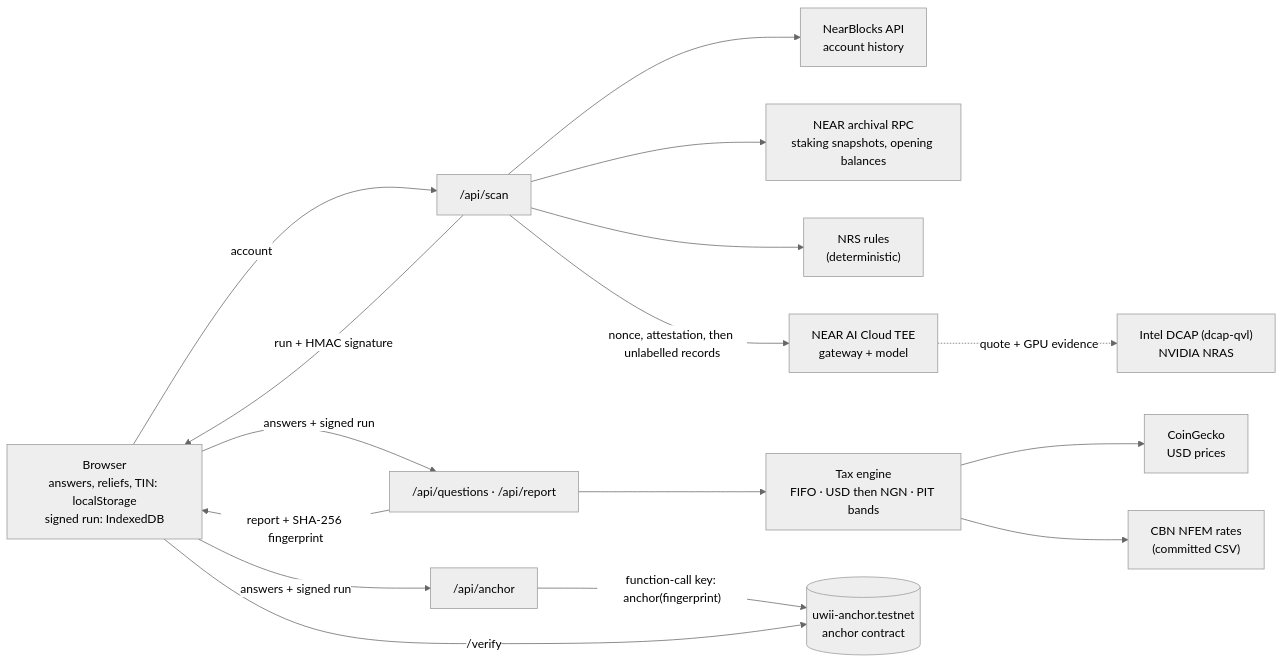
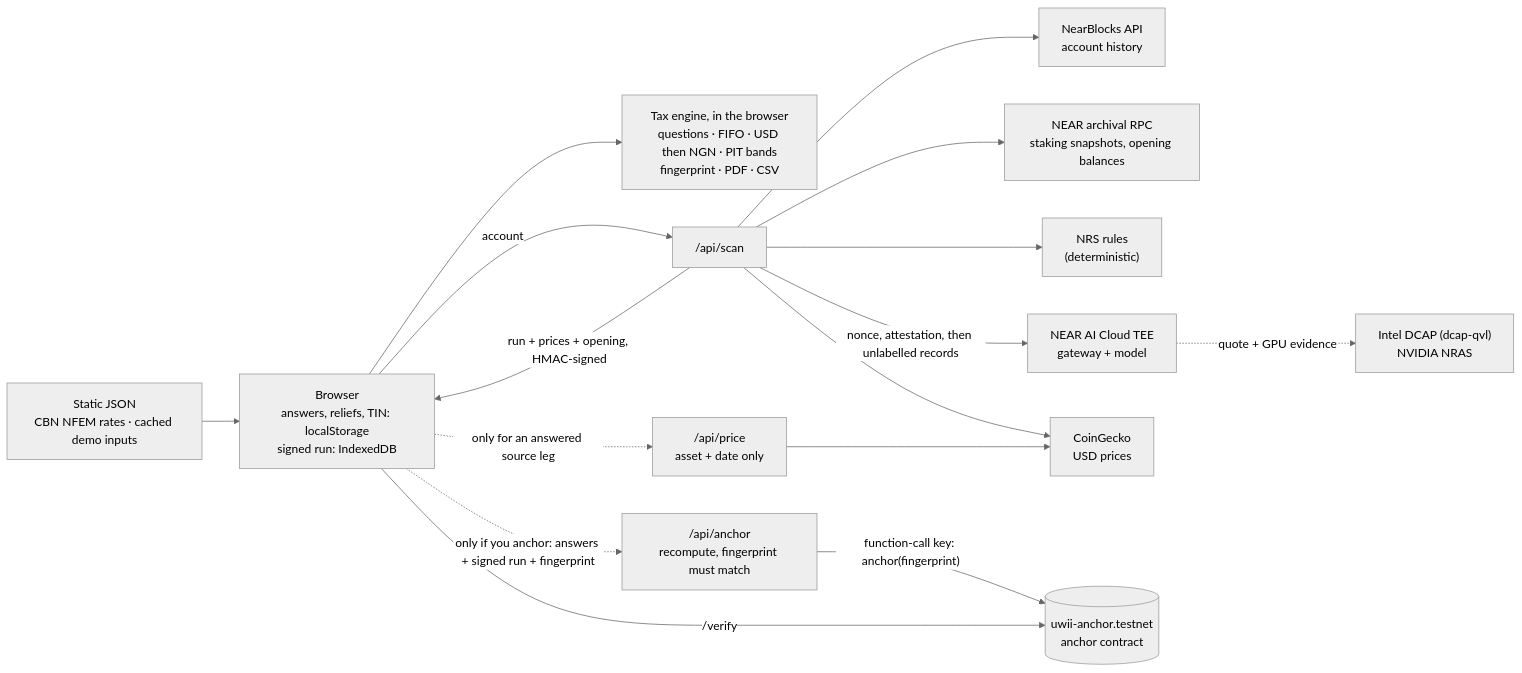
The diagram in README.md (shrooms08/uwii), drawn with Mermaid (neutral theme) before and after one commit. The commit also changed other lines of this file and 59 other files, not shown here.

````diff
--- a/README.md
+++ b/README.md
@@ -90,32 +90,32 @@
 ```mermaid
 flowchart LR
   B["Browser<br/>answers, reliefs, TIN: localStorage<br/>signed run: IndexedDB"]
+  ENG["Tax engine, in the browser<br/>questions · FIFO · USD then NGN · PIT bands<br/>fingerprint · PDF · CSV"]
+  STATIC["Static JSON<br/>CBN NFEM rates · cached demo inputs"]
   SCAN["/api/scan"]
-  API["/api/questions · /api/report"]
-  ANC["/api/anchor"]
+  PRICE["/api/price<br/>asset + date only"]
+  ANC["/api/anchor<br/>recompute, fingerprint must match"]
   NB["NearBlocks API<br/>account history"]
   ARC["NEAR archival RPC<br/>staking snapshots, opening balances"]
   RULES["NRS rules<br/>(deterministic)"]
   TEE["NEAR AI Cloud TEE<br/>gateway + model"]
   ATT["Intel DCAP (dcap-qvl)<br/>NVIDIA NRAS"]
-  ENG["Tax engine<br/>FIFO · USD then NGN · PIT bands"]
   CG["CoinGecko<br/>USD prices"]
-  FX["CBN NFEM rates<br/>(committed CSV)"]
   C[("uwii-anchor.testnet<br/>anchor contract")]
 
   B -->|account| SCAN
   SCAN --> NB
   SCAN --> ARC
   SCAN --> RULES
   SCAN -->|"nonce, attestation, then unlabelled records"| TEE
   TEE -.->|"quote + GPU evidence"| ATT
-  SCAN -->|"run + HMAC signature"| B
-  B -->|"answers + signed run"| API
-  API --> ENG
-  ENG --> CG
-  ENG --> FX
-  API -->|"report + SHA-256 fingerprint"| B
-  B -->|"answers + signed run"| ANC
+  SCAN --> CG
+  SCAN -->|"run + prices + opening, HMAC-signed"| B
+  STATIC --> B
+  B --> ENG
+  B -.->|"only for an answered source leg"| PRICE
+  PRICE --> CG
+  B -.->|"only if you anchor: answers + signed run + fingerprint"| ANC
   ANC -->|"function-call key: anchor(fingerprint)"| C
   B -->|"/verify"| C
 ```
````
